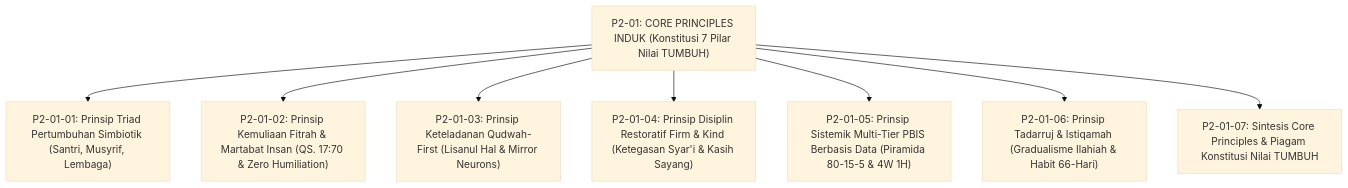
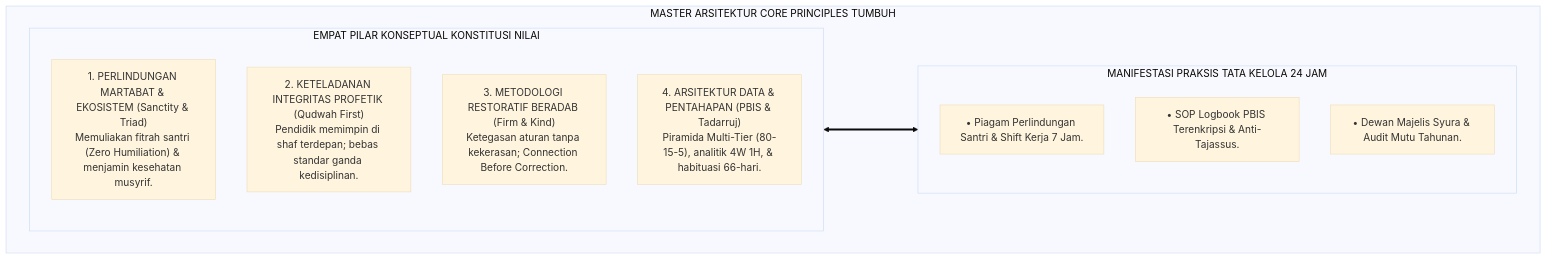
The second of 3 diagrams in 02 Principles/01 Core Principles/P2-01-Prinsip-Utama-TUMBUH.md (wandiapriliyandi/tumbuh), drawn with Mermaid (base theme) before and after one commit. The commit also changed other lines of this file and 7 other files, not shown here.

Commit message:
docs(principles): reconstruct all 01 Core Principles monographs to pure academic standard

````diff
--- a/02 Principles/01 Core Principles/P2-01-Prinsip-Utama-TUMBUH.md
+++ b/02 Principles/01 Core Principles/P2-01-Prinsip-Utama-TUMBUH.md
@@ -71,12 +115,20 @@
 ```mermaid
-graph TD
-    Master["P2-01: CORE PRINCIPLES INDUK (Konstitusi 7 Pilar Nilai TUMBUH)"]
-    
-    Master --> P1["P2-01-01: Prinsip Triad Pertumbuhan Simbiotik (Santri, Musyrif, Lembaga)"]
-    Master --> P2["P2-01-02: Prinsip Kemuliaan Fitrah & Martabat Insan (QS. 17:70 & Zero Humiliation)"]
-    Master --> P3["P2-01-03: Prinsip Keteladanan Qudwah-First (Lisanul Hal & Mirror Neurons)"]
-    Master --> P4["P2-01-04: Prinsip Disiplin Restoratif Firm & Kind (Ketegasan Syar'i & Kasih Sayang)"]
-    Master --> P5["P2-01-05: Prinsip Sistemik Multi-Tier PBIS Berbasis Data (Piramida 80-15-5 & 4W 1H)"]
-    Master --> P6["P2-01-06: Prinsip Tadarruj & Istiqamah (Gradualisme Ilahiah & Habit 66-Hari)"]
-    Master --> P7["P2-01-07: Sintesis Core Principles & Piagam Konstitusi Nilai TUMBUH"]
+flowchart TD
+    subgraph MasterArsitekturCorePrinciplesTUMBUH["MASTER ARSITEKTUR CORE PRINCIPLES TUMBUH"]
+        
+        subgraph EmpatPilarKonseptualMasterCore["EMPAT PILAR KONSEPTUAL KONSTITUSI NILAI"]
+            CP_M1["1. PERLINDUNGAN MARTABAT & EKOSISTEM (Sanctity & Triad)<br/>Memuliakan fitrah santri (Zero Humiliation) & menjamin kesehatan musyrif."]
+            CP_M2["2. KETELADANAN INTEGRITAS PROFETIK (Qudwah First)<br/>Pendidik memimpin di shaf terdepan; bebas standar ganda kedisiplinan."]
+            CP_M3["3. METODOLOGI RESTORATIF BERADAB (Firm & Kind)<br/>Ketegasan aturan tanpa kekerasan; Connection Before Correction."]
+            CP_M4["4. ARSITEKTUR DATA & PENTAHAPAN (PBIS & Tadarruj)<br/>Piramida Multi-Tier (80-15-5), analitik 4W 1H, & habituasi 66-hari."]
+        end
+        
+        subgraph ManifestasiPraksisTataKelolaCore["MANIFESTASI PRAKSIS TATA KELOLA 24 JAM"]
+            M1_CP["• Piagam Perlindungan Santri & Shift Kerja 7 Jam."]
+            M2_CP["• SOP Logbook PBIS Terenkripsi & Anti-Tajassus."]
+            M3_CP["• Dewan Majelis Syura & Audit Mutu Tahunan."]
+        end
+        
+        EmpatPilarKonseptualMasterCore <===> ManifestasiPraksisTataKelolaCore
+    end
 ```
````
